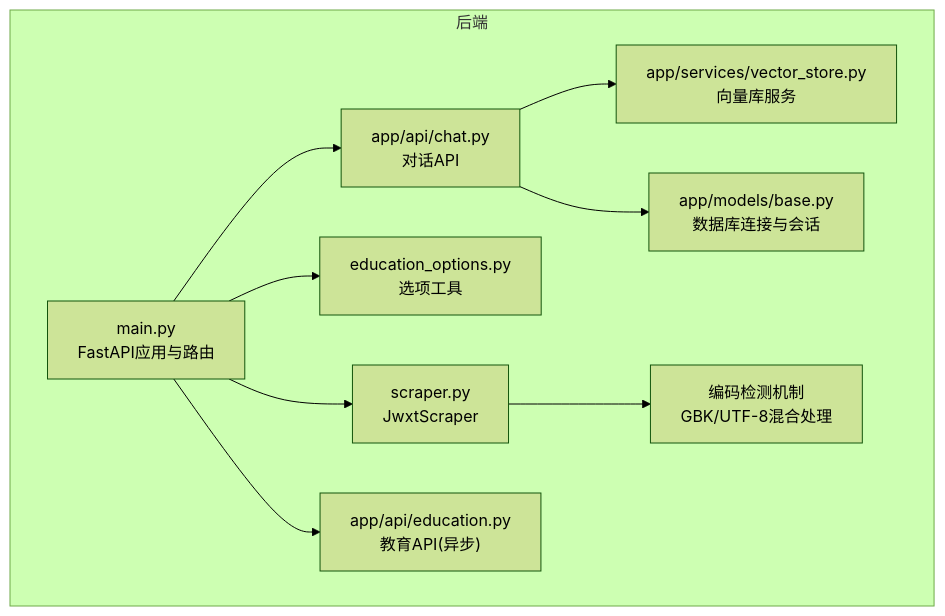
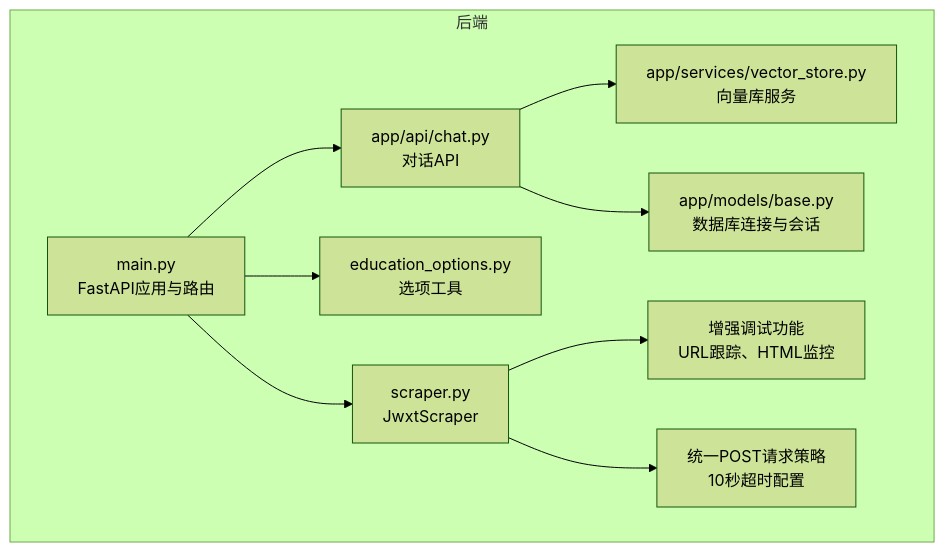
The first of 9 diagrams in .qoder/repowiki/zh/content/开发指南/调试工具/后端调试.md (ghbbn053-ship-itsoulddog/soulddog), drawn with Mermaid (forest theme) before and after one commit. The commit also changed other lines of this file and 10 other files, not shown here.

````diff
--- a/.qoder/repowiki/zh/content/开发指南/调试工具/后端调试.md
+++ b/.qoder/repowiki/zh/content/开发指南/调试工具/后端调试.md
@@ -60,20 +65,20 @@
 ```mermaid
 graph TB
 subgraph "后端"
 M["main.py<br/>FastAPI应用与路由"]
 C["app/api/chat.py<br/>对话API"]
-E["app/api/education.py<br/>教育API(异步)"]
 S["scraper.py<br/>JwxtScraper"]
 O["education_options.py<br/>选项工具"]
 V["app/services/vector_store.py<br/>向量库服务"]
 D["app/models/base.py<br/>数据库连接与会话"]
-ED["编码检测机制<br/>GBK/UTF-8混合处理"]
+DEBUG["增强调试功能<br/>URL跟踪、HTML监控"]
+POSTSTRATEGY["统一POST请求策略<br/>10秒超时配置"]
 end
 M --> S
 M --> O
 M --> C
-M --> E
 C --> V
 C --> D
-S --> ED
+S --> DEBUG
+S --> POSTSTRATEGY
 ```
````
